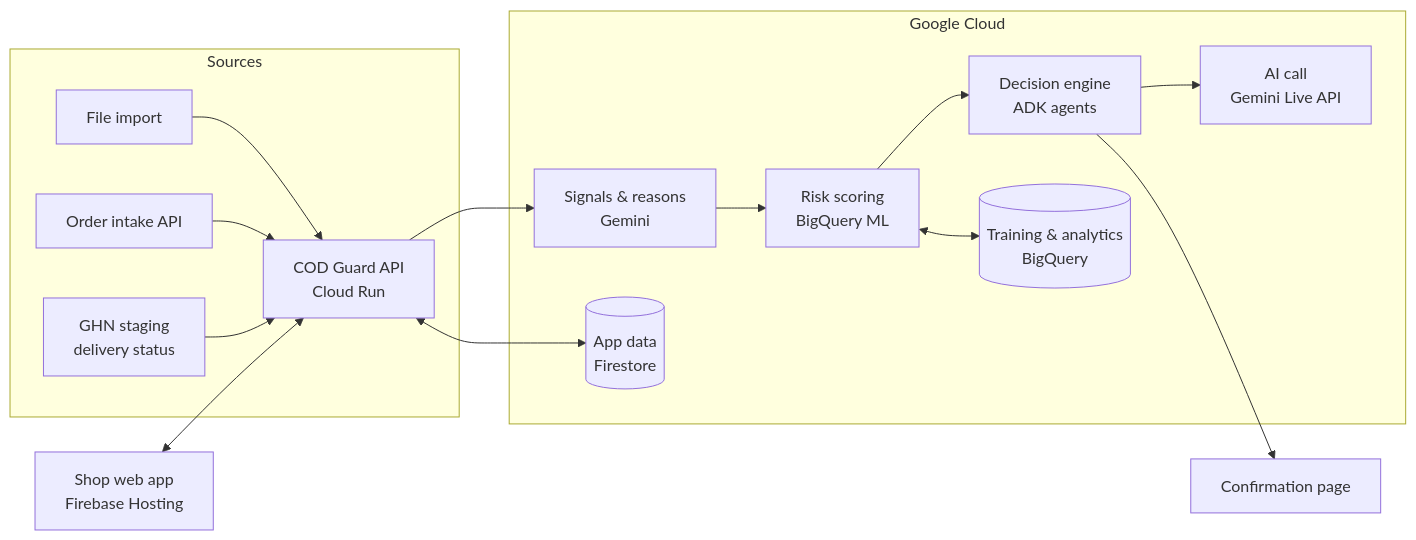
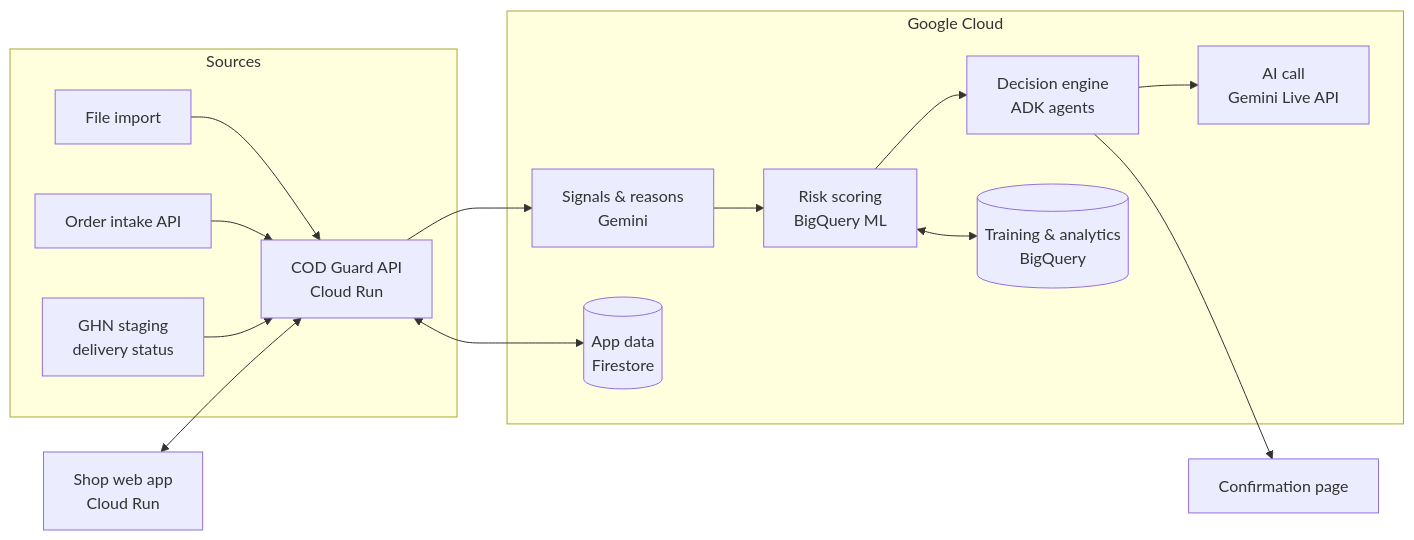
Before and after one commit to beavershydraai/hydraai_codguard: the diagram in README.md, drawn with Mermaid. The commit also changed other lines of this file and 6 other files, not shown here.

First line of the commit message:
Deploy the frontend to Cloud Run after the backend

````diff
--- a/README.md
+++ b/README.md
@@ -80,25 +80,25 @@
 ```mermaid
 flowchart LR
     subgraph Sources
         A[File import] --> API
         B[Order intake API] --> API
         G[GHN staging<br/>delivery status] --> API
     end
 
     subgraph GCP [Google Cloud]
         API[COD Guard API<br/>Cloud Run]
         SCORE[Risk scoring<br/>BigQuery ML]
         LLM[Signals & reasons<br/>Gemini]
         DEC[Decision engine<br/>ADK agents]
         VOICE[AI call<br/>Gemini Live API]
         DB[(App data<br/>Firestore)]
         BQ[(Training & analytics<br/>BigQuery)]
     end
 
     API --> LLM --> SCORE --> DEC
     DEC --> VOICE
     DEC --> PAGE[Confirmation page]
     API <--> DB
     SCORE <--> BQ
-    WEB[Shop web app<br/>Firebase Hosting] <--> API
+    WEB[Shop web app<br/>Cloud Run] <--> API
 ```
````
